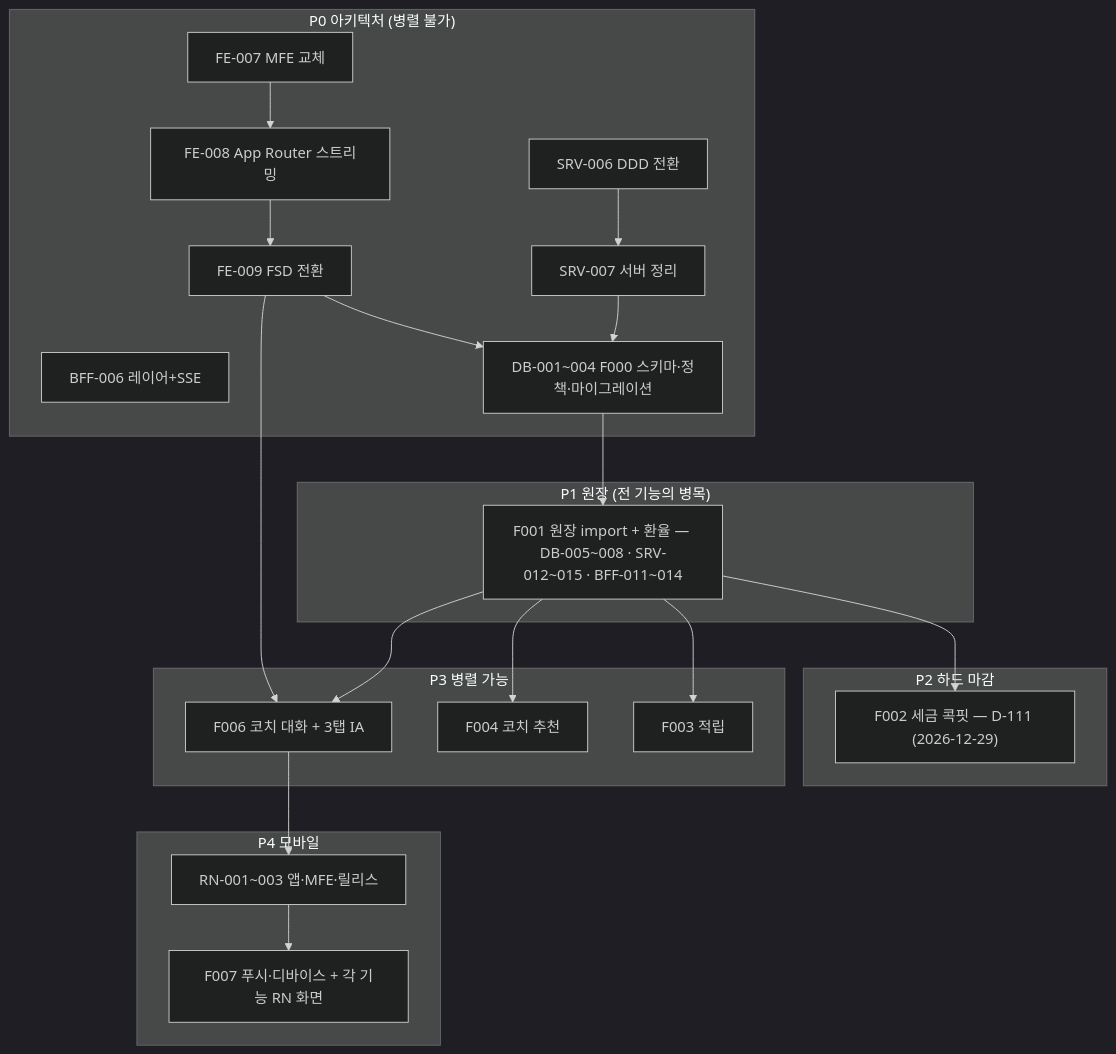
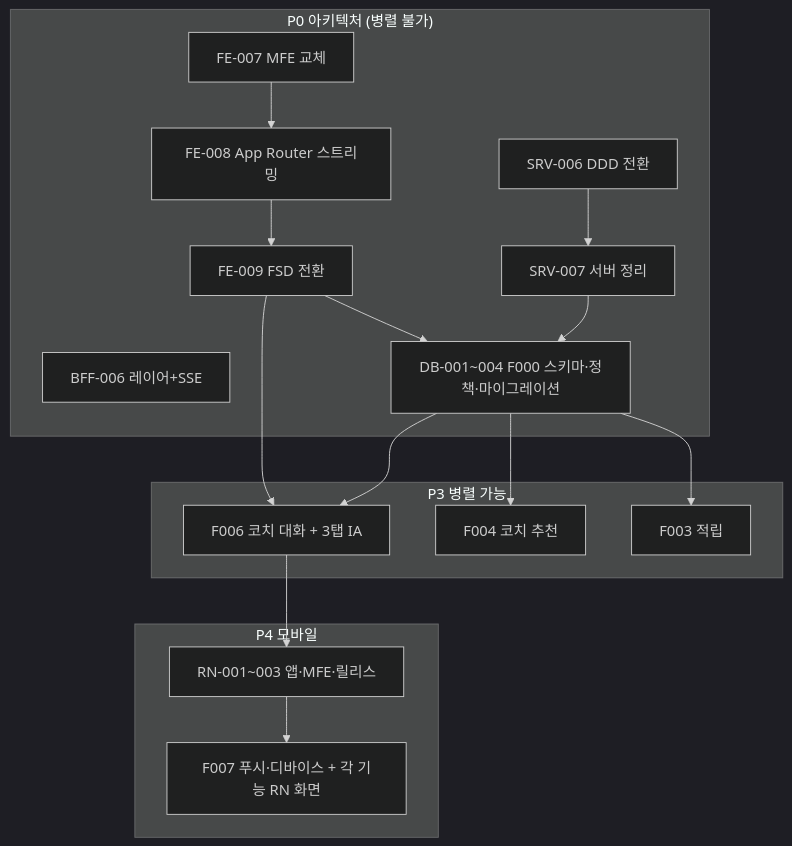
One commit to kwangyoulsagong/SALT changed the diagram in requirements/specs/in-progress/salt-requirements-master-index.md. Above: the diagram before and after it, drawn with Mermaid (dark theme). The commit also changed other lines of this file and 4 other files, not shown here.

````diff
--- a/requirements/specs/in-progress/salt-requirements-master-index.md
+++ b/requirements/specs/in-progress/salt-requirements-master-index.md
@@ -125,29 +125,22 @@
 ```mermaid
 flowchart TB
   subgraph P0["P0 아키텍처 (병렬 불가)"]
     A1["FE-007 MFE 교체"] --> A2["FE-008 App Router 스트리밍"] --> A3["FE-009 FSD 전환"]
     B1["SRV-006 DDD 전환"] --> B2["SRV-007 서버 정리"]
     C1["BFF-006 레이어+SSE"]
     D1["DB-001~004 F000 스키마·정책·마이그레이션"]
-  end
-  subgraph P1["P1 원장 (전 기능의 병목)"]
-    E["F001 원장 import + 환율 — DB-005~008 · SRV-012~015 · BFF-011~014"]
-  end
-  subgraph P2["P2 하드 마감"]
-    F["F002 세금 콕핏 — D-111 (2026-12-29)"]
   end
   subgraph P3["P3 병렬 가능"]
     G["F003 적립"]
     H["F004 코치 추천"]
     I["F006 코치 대화 + 3탭 IA"]
   end
   subgraph P4["P4 모바일"]
     J["RN-001~003 앱·MFE·릴리스"] --> K["F007 푸시·디바이스 + 각 기능 RN 화면"]
   end
   A3 --> D1
   B2 --> D1
-  D1 --> E --> F
-  E --> G & H & I
+  D1 --> G & H & I
   A3 --> I
   I --> J
 ```
````
